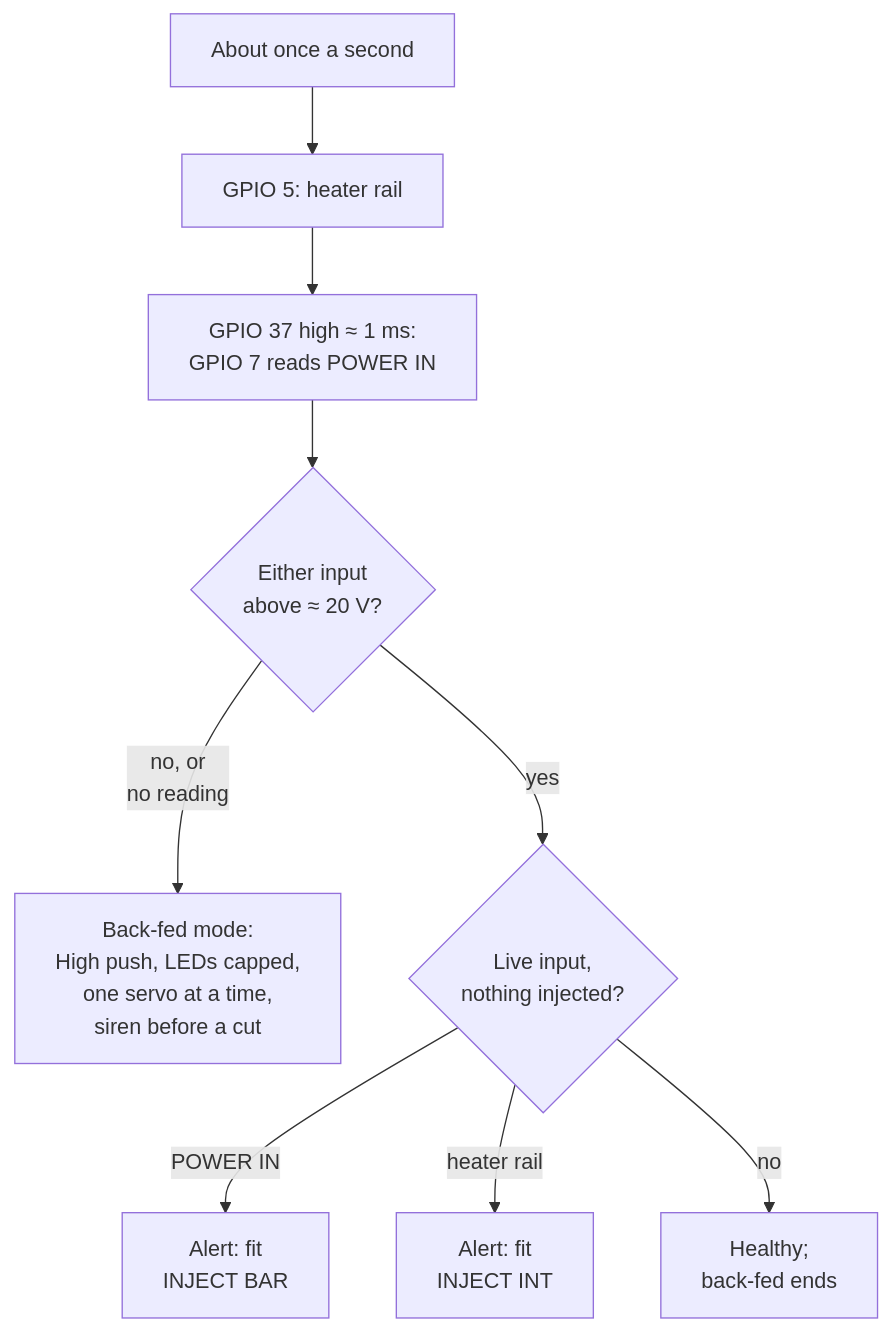
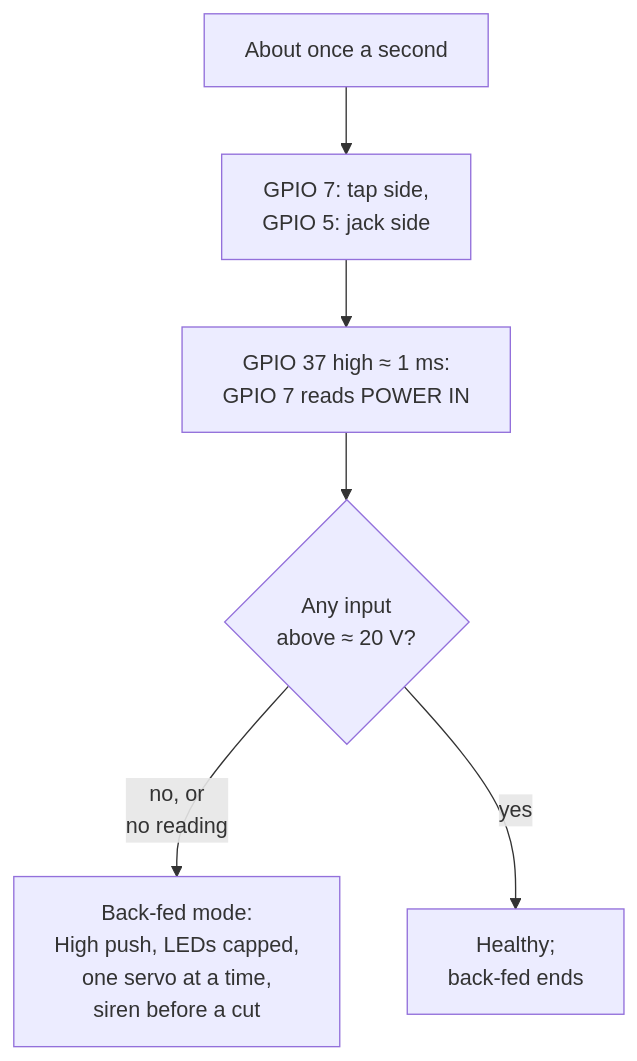
Before and after one commit to BashfulBits/3dp-fleet-exhaust: the tenth of 10 diagrams in docs/07_firmware_and_comms.md, drawn with Mermaid. The commit also changed other lines of this file and 6 other files, not shown here.

First line of the commit message:
Power path: one ideal diode per input, no INJECT jumpers (D94)

````diff
--- a/docs/07_firmware_and_comms.md
+++ b/docs/07_firmware_and_comms.md
@@ -555,11 +555,8 @@
 ```mermaid
 flowchart TD
-  A["About once a second"] --> B["GPIO 5: heater rail"]
+  A["About once a second"] --> B["GPIO 7: tap side,<br>GPIO 5: jack side"]
   B --> C["GPIO 37 high ≈ 1 ms:<br>GPIO 7 reads POWER IN"]
-  C --> D{"Either input<br>above ≈ 20 V?"}
+  C --> D{"Any input<br>above ≈ 20 V?"}
   D -->|"no, or<br>no reading"| BF["Back-fed mode:<br>High push, LEDs capped,<br>one servo at a time,<br>siren before a cut"]
-  D -->|"yes"| E{"Live input,<br>nothing injected?"}
-  E -->|"POWER IN"| F1["Alert: fit<br>INJECT BAR"]
-  E -->|"heater rail"| F2["Alert: fit<br>INJECT INT"]
-  E -->|"no"| OK["Healthy;<br>back-fed ends"]
+  D -->|"yes"| OK["Healthy;<br>back-fed ends"]
 ```
````
